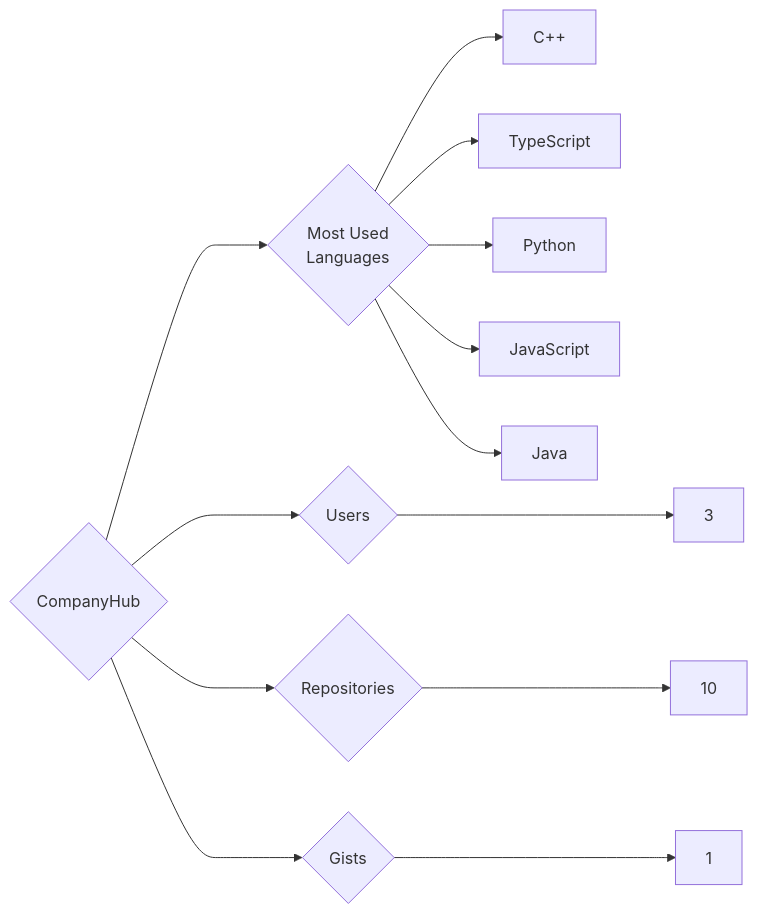
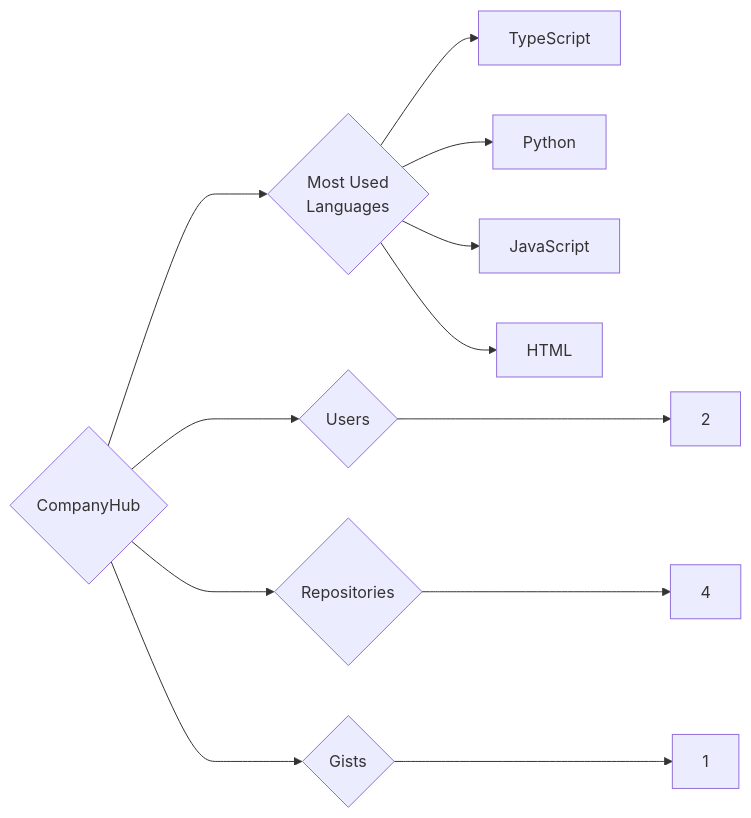
One commit to trickest/insiders changed the diagram in targets/CompanyHub/README.md. Above: the diagram before and after it, drawn with Mermaid. The commit also changed 840 other files, not shown here.

````diff
--- a/targets/CompanyHub/README.md
+++ b/targets/CompanyHub/README.md
@@ -3,13 +3,12 @@
 ```mermaid
 graph LR
 COMPANY_NAME{CompanyHub}
-COMPANY_NAME ---> U{Users} ---> UN[3]
-COMPANY_NAME ---> R{Repositories} ---> RN[10]
+COMPANY_NAME ---> U{Users} ---> UN[2]
+COMPANY_NAME ---> R{Repositories} ---> RN[4]
 COMPANY_NAME ---> G{Gists} ---> GN[1]
 COMPANY_NAME ---> ML{Most Used<br>Languages}
-ML --> C++[C++]
 ML --> TypeScript[TypeScript]
 ML --> Python[Python]
 ML --> JavaScript[JavaScript]
-ML --> Java[Java]
+ML --> HTML[HTML]
 ```
````
